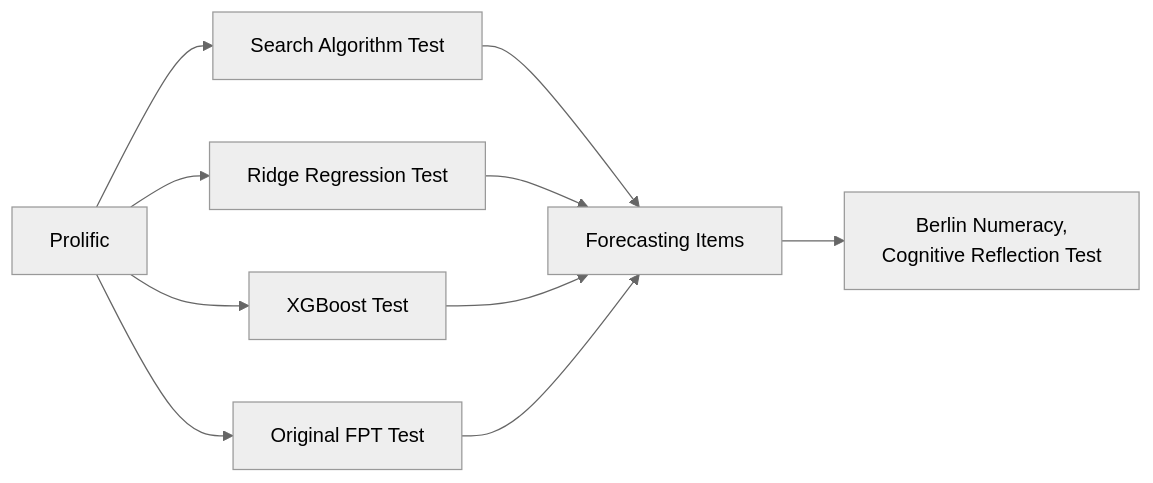
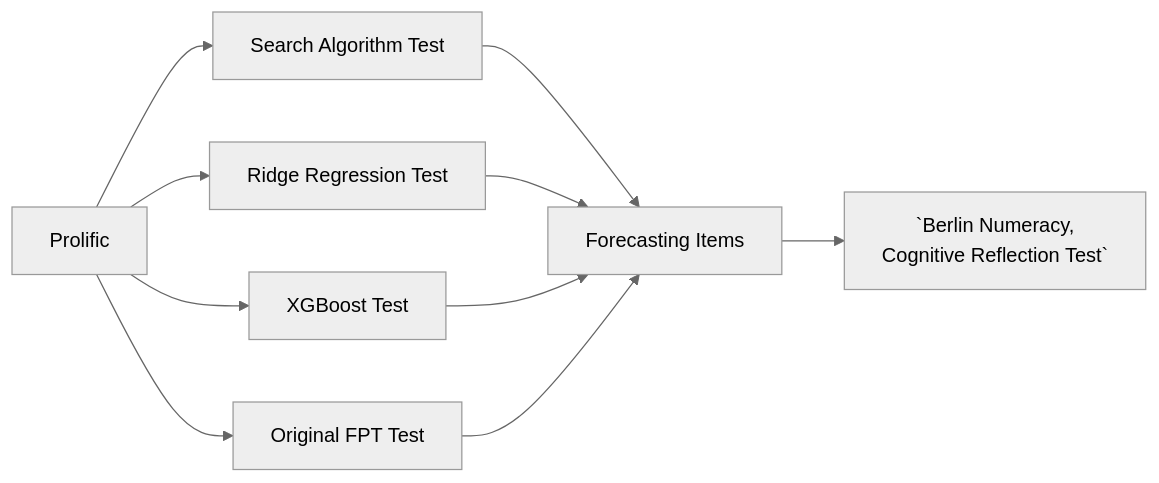
The diagram in Reports/Methods/proposal.qmd (jhelmer3/cognitive-tasks), drawn with Mermaid (neutral theme) before and after one commit. The commit also changed other lines of this file and 40 other files, not shown here.

````diff
--- a/Reports/Methods/proposal.qmd
+++ b/Reports/Methods/proposal.qmd
@@ -176,12 +241,12 @@
 ```{mermaid}
 flowchart LR
     A[Prolific] --> B[Search Algorithm Test]
     A[Prolific] --> C[Ridge Regression Test]
     A[Prolific] --> D[XGBoost Test]
     A[Prolific] --> E[Original FPT Test]
     B --> F[Forecasting Items]
     C --> F[Forecasting Items]
     D --> F[Forecasting Items]
     E --> F[Forecasting Items]
-    F --> G[Berlin Numeracy, \nCognitive Reflection Test]
+    F --> G[`Berlin Numeracy, \nCognitive Reflection Test`]
 ```
````
